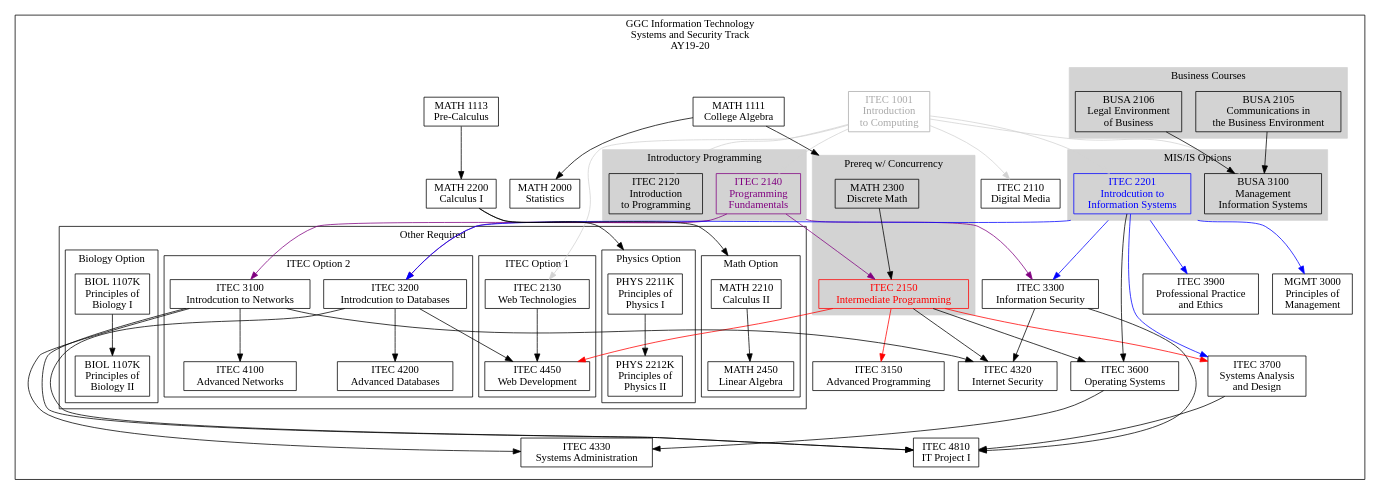
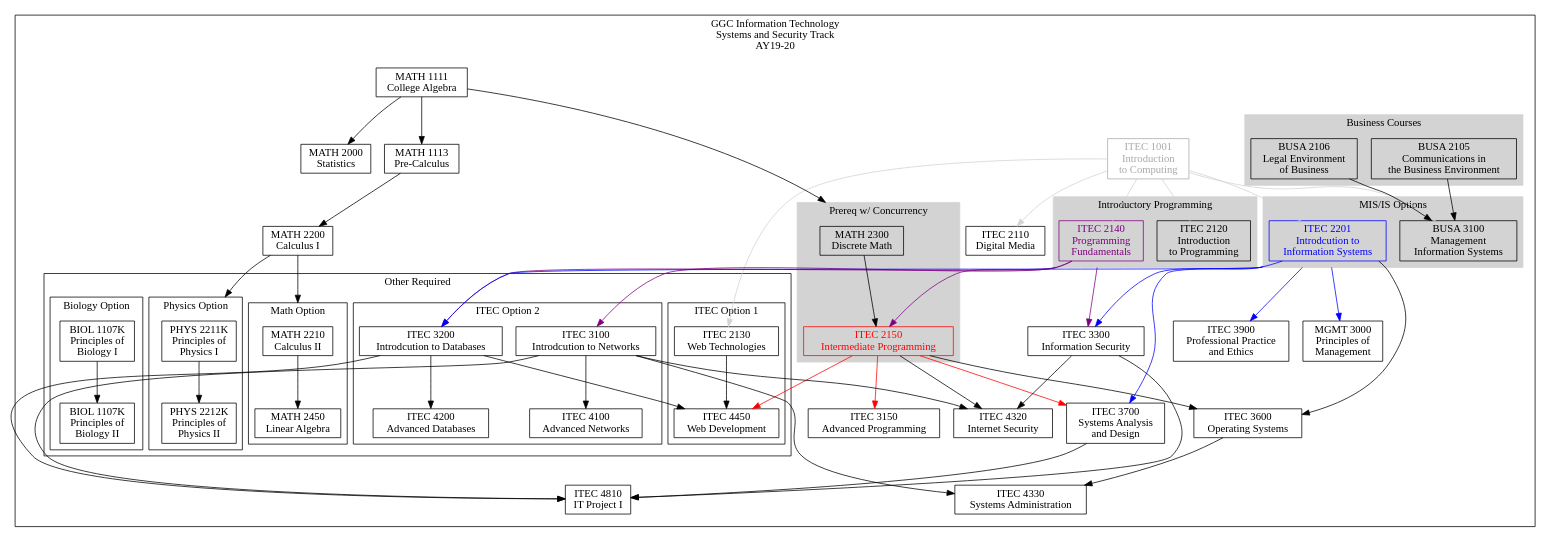
Before and after one commit to rjlutz/itec-plans: the diagram in AY19-20/SystemsSecurity.dot, drawn with Graphviz. The commit also changed 9 other files, not shown here.

```diff
--- a/AY19-20/SystemsSecurity.dot
+++ b/AY19-20/SystemsSecurity.dot
@@ -1,164 +1,165 @@
 digraph G {
 
     node [shape = record, fontname="Sans serif" fontsize="14"];
     compound = true //  needed to link clusters and nodes
     splines = true
     ranksep=0.75
 
      // All
     itec1001[label = "ITEC 1001\nIntroduction \nto Computing" color=darkgray fontcolor=darkgray]
     itec2110[label = "ITEC 2110\nDigital Media"]
     itec2120[label = "ITEC 2120\nIntroduction\nto Programming"]
     itec2130[label = "ITEC 2130\nWeb Technologies"]
     itec2140[label = "ITEC 2140\nProgramming \nFundamentals" color=purple fontcolor=purple]
     itec2150[label = "ITEC 2150\nIntermediate Programming" color=red fontcolor=red]
     itec2201[label = "ITEC 2201\nIntrodcution to\nInformation Systems" color=blue fontcolor=blue]
     itec3100[label = "ITEC 3100\nIntrodcution to Networks"]
     itec3200[label = "ITEC 3200\nIntrodcution to Databases"]
     itec3900[label = "ITEC 3900\nProfessional Practice\nand Ethics"]
     busa2105[label = "BUSA 2105\nCommunications in\nthe Business Environment"]
     busa2106[label = "BUSA 2106\nLegal Environment\nof Business"]
     busa3100[label = "BUSA 3100\nManagement \nInformation Systems"]
     math1111[label = "MATH 1111\nCollege Algebra"]
     math1113[label = "MATH 1113\nPre-Calculus"]
     math2300[label = "MATH 2300\nDiscrete Math"]
     math2000[label = "MATH 2000\nStatistics"]
     math2200[label = "MATH 2200\nCalculus I"]
     mgmt3000[label = "MGMT 3000\nPrinciples of\nManagement"]
 
     //Systems and Seurity
     itec3150[label = "ITEC 3150\nAdvanced Programming"]
     itec3300[label = "ITEC 3300\nInformation Security"]
     itec3600[label = "ITEC 3600\nOperating Systems"]
     itec3700[label = "ITEC 3700\nSystems Analysis\nand Design"]
     itec4100[label = "ITEC 4100\nAdvanced Networks"]
     itec4200[label = "ITEC 4200\nAdvanced Databases"]
     itec4320[label = "ITEC 4320\nInternet Security"]
     itec4330[label = "ITEC 4330\nSystems Administration"]
     itec4450[label = "ITEC 4450\nWeb Development"]
     itec4810[label = "ITEC 4810\nIT Project I"]
     math2210[label = "MATH 2210\nCalculus II"]
     math2450[label = "MATH 2450\nLinear Algebra"]
     phys2211k[label = "PHYS 2211K\nPrinciples of\nPhysics I"]
     phys2212k[label = "PHYS 2212K\nPrinciples of\nPhysics II"]
     biol1107k[label = "BIOL 1107K\nPrinciples of\nBiology I"]
     biol1108k[label = "BIOL 1107K\nPrinciples of\nBiology II"]
 
 
     subgraph clusterss {
         label="GGC Information Technology\nSystems and Security Track\nAY19-20"
 
         subgraph clusterrequired {
             label=""
             node [style=filled];
             style=filled;
 
             color="#FFFFFF";
 
             itec1001 -> itec2110  [color=lightgray]
             itec1001 -> itec2120 [color=lightgray]
             itec1001 -> itec2130 [color=lightgray]
             itec1001 -> itec2201 [color=lightgray]
             itec1001 -> busa3100 [color=lightgray]
             itec2140 -> itec2150 [color=purple]
             itec2140 -> itec3100 [color=purple]
             itec2150 -> itec3150 [lltail=clusterdiscrete color=red]
             itec2201 -> itec3200 [ltail=cluster22013100 color=blue]
             itec2140 -> itec3200 [ltail=cluster21202140 color=purple]
 
             itec2201 -> itec3300 [ltail=cluster22013100 color=blue]
             itec2140 -> itec3300 [ltail=cluster21202140 color=purple]
             itec2150 -> itec3600 
             itec2201 -> itec3600
             itec2150 -> itec4320
             itec3100 -> itec4320
             itec3300 -> itec4320
             itec3100 -> itec4330
             itec3600 -> itec4330
             itec3100 -> itec4810
             itec3200 -> itec4810
             itec3300 -> itec4810
             itec3700 -> itec4810
 
             busa2106 -> busa3100
             busa2105 -> busa3100
             itec1001 -> itec2140 [color=lightgray]
 
             itec2150 -> itec3700 [lltail=clusterdiscrete color=red]
             itec2201 -> itec3700 [color=blue]
 
             itec2201 -> itec3900 [ltail=cluster22013100 color=blue]
             itec2201 -> mgmt3000 [ltail=cluster22013100 color=blue]
 
             math1113 -> math2200
+            math1111 -> math1113
             math1111 -> math2000
             math1111 -> math2300 [lhead=clusterdiscrete]
             math2200 -> math2210 [lhead=clustermathopt]
             itec3200 -> itec4450
 
             math2200 -> phys2211k [lhead=clusterphysopt]
 
             subgraph cluster21202140 {
                 label = "Introductory Programming";
                 color=lightgrey;
                 itec2120
                 itec2140
             }
             subgraph cluster22013100 {
                 label = "MIS/IS Options";
                 color=lightgrey;
                 itec2201
                 busa3100
             }
             subgraph cluster21052106 {
                 label = "Business Courses"
                 color=lightgrey;
                 busa2105
                 busa2106
             }
             
             subgraph clusterdiscrete {
                 label = "Prereq w/ Concurrency";
                 node [style=filled];
                 style=filled;
                 color=lightgrey;
                 math2300 -> itec2150
             }
 
             subgraph clusterotherrequired {
                 label = "Other Required"
                 node [style=filled];
                 style=filled;
                 graph[style=solid]
                 color=black;
 
                 subgraph clusteritecopt1 {
                     label = "ITEC Option 1";
                     itec2130 -> itec4450
                     itec2150 -> itec4450 [color=red]
                 }
 
                 subgraph clusteritecopt2 {
                     label = "ITEC Option 2";
                     itec3100 -> itec4100
                     itec3200 -> itec4200
                 }
 
                 subgraph clusterbiolopt {
                     label = "Biology Option";
                     biol1107k -> biol1108k
                 }
 
                 subgraph clustermathopt {
                     label = "Math Option";
                     math2210 -> math2450
                 }
 
                 subgraph clusterphysopt {
                     label = "Physics Option"
                     phys2211k -> phys2212k
                 }
             }
         }    
     }
 }
```
